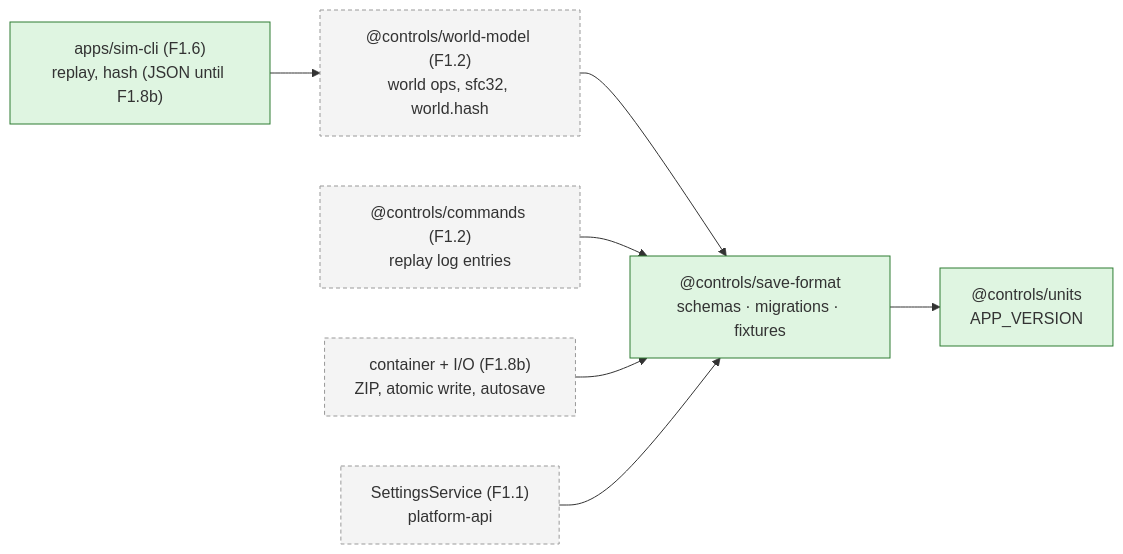
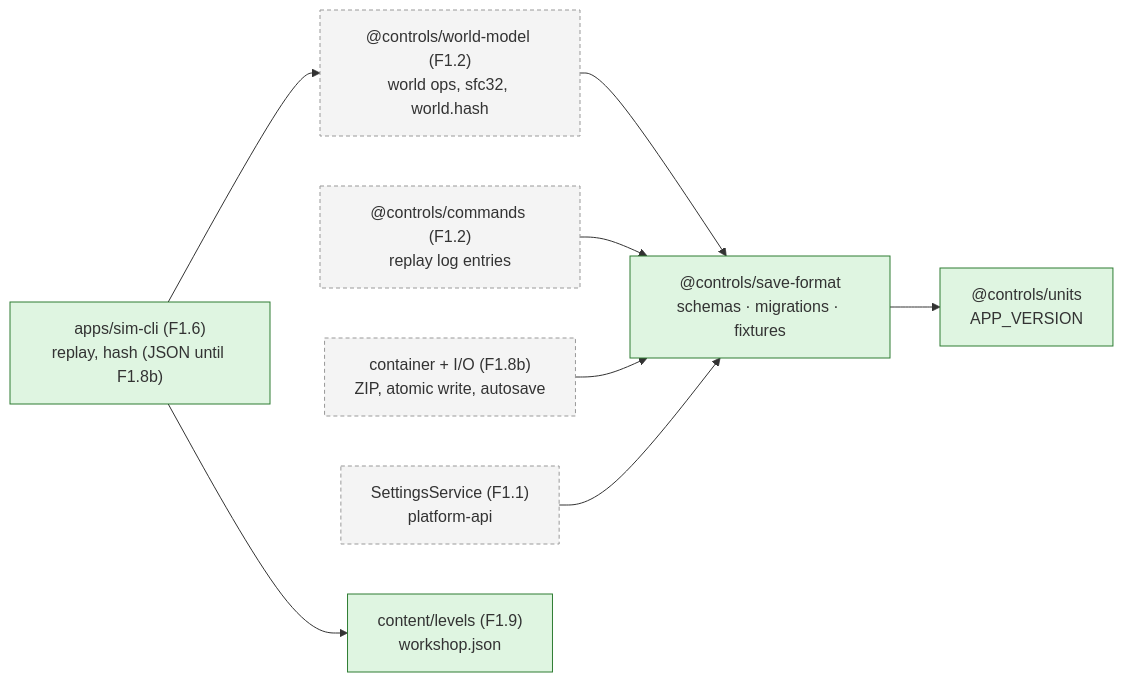
Before and after one commit to joebarbere/controls: the fourth of 4 diagrams in docs/architecture/world-and-saves.md, drawn with Mermaid. The commit also changed other lines of this file and 101 other files, not shown here.

````diff
--- a/docs/architecture/world-and-saves.md
+++ b/docs/architecture/world-and-saves.md
@@ -103,20 +130,22 @@
 ```mermaid
 flowchart LR
     classDef done fill:#dff5e1,stroke:#2e7d32;
     classDef later fill:#f4f4f4,stroke:#999,stroke-dasharray: 4 3;
 
     SF["@controls/save-format<br/>schemas · migrations · fixtures"]:::done
     UNITS["@controls/units<br/>APP_VERSION"]:::done
     WM["@controls/world-model (F1.2)<br/>world ops, sfc32, world.hash"]:::later
     CMD["@controls/commands (F1.2)<br/>replay log entries"]:::later
     CTR["container + I/O (F1.8b)<br/>ZIP, atomic write, autosave"]:::later
     SET["SettingsService (F1.1)<br/>platform-api"]:::later
     CLI["apps/sim-cli (F1.6)<br/>replay, hash (JSON until F1.8b)"]:::done
+    LVL["content/levels (F1.9)<br/>workshop.json"]:::done
 
     SF --> UNITS
     WM --> SF
     CMD --> SF
     CTR --> SF
     SET --> SF
     CLI --> WM
+    CLI --> LVL
 ```
````
